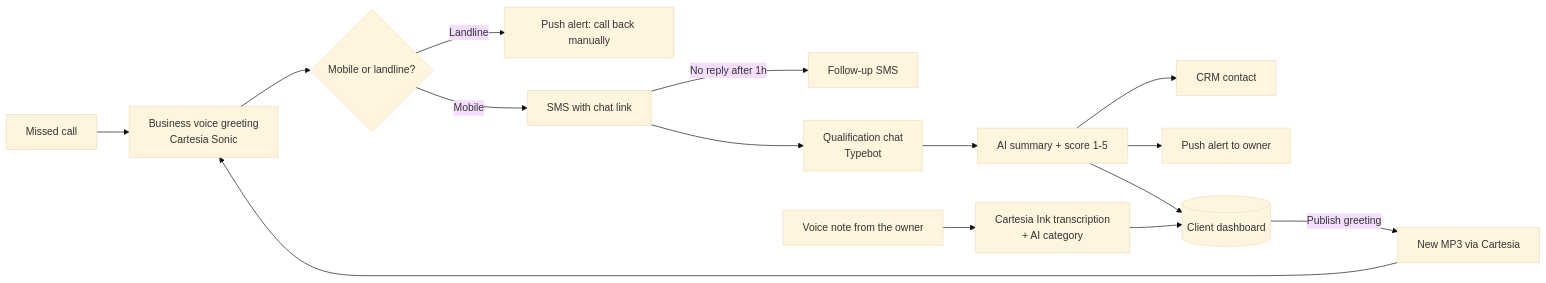
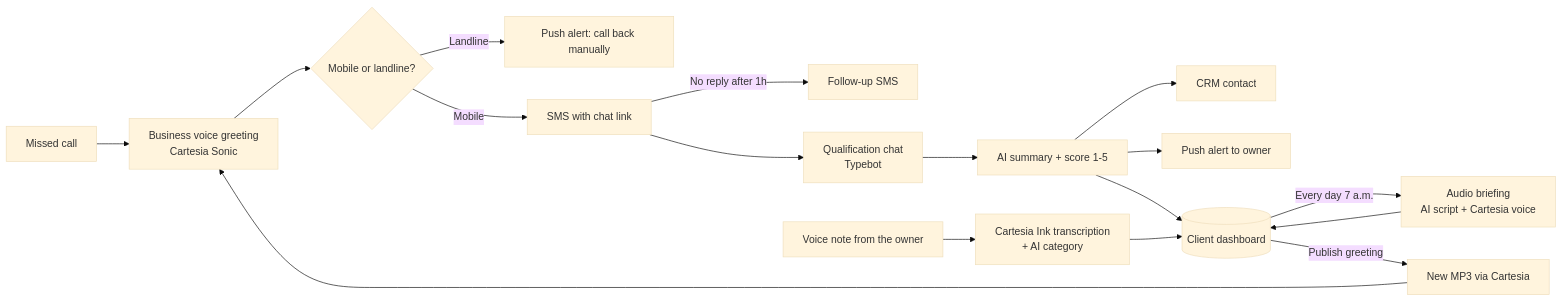
The diagram in README.md (flowsopsai-byte/lead-rescue), drawn with Mermaid (base theme) before and after one commit. The commit also changed other lines of this file, not shown here.

````diff
--- a/README.md
+++ b/README.md
@@ -15,16 +15,18 @@
 ```mermaid
 flowchart LR
     A[Missed call] --> B[Business voice greeting<br/>Cartesia Sonic]
     B --> C{Mobile or landline?}
     C -- Landline --> E[Push alert: call back manually]
     C -- Mobile --> D[SMS with chat link]
     D -- No reply after 1h --> J[Follow-up SMS]
     D --> F[Qualification chat<br/>Typebot]
     F --> G[AI summary + score 1-5]
     G --> H[CRM contact]
     G --> I[Push alert to owner]
     G --> K[(Client dashboard)]
     N[Voice note from the owner] --> T[Cartesia Ink transcription<br/>+ AI category]
     T --> K
+    K -- Every day 7 a.m. --> W[Audio briefing<br/>AI script + Cartesia voice]
+    W --> K
     K -- Publish greeting --> P[New MP3 via Cartesia] --> B
 ```
````
